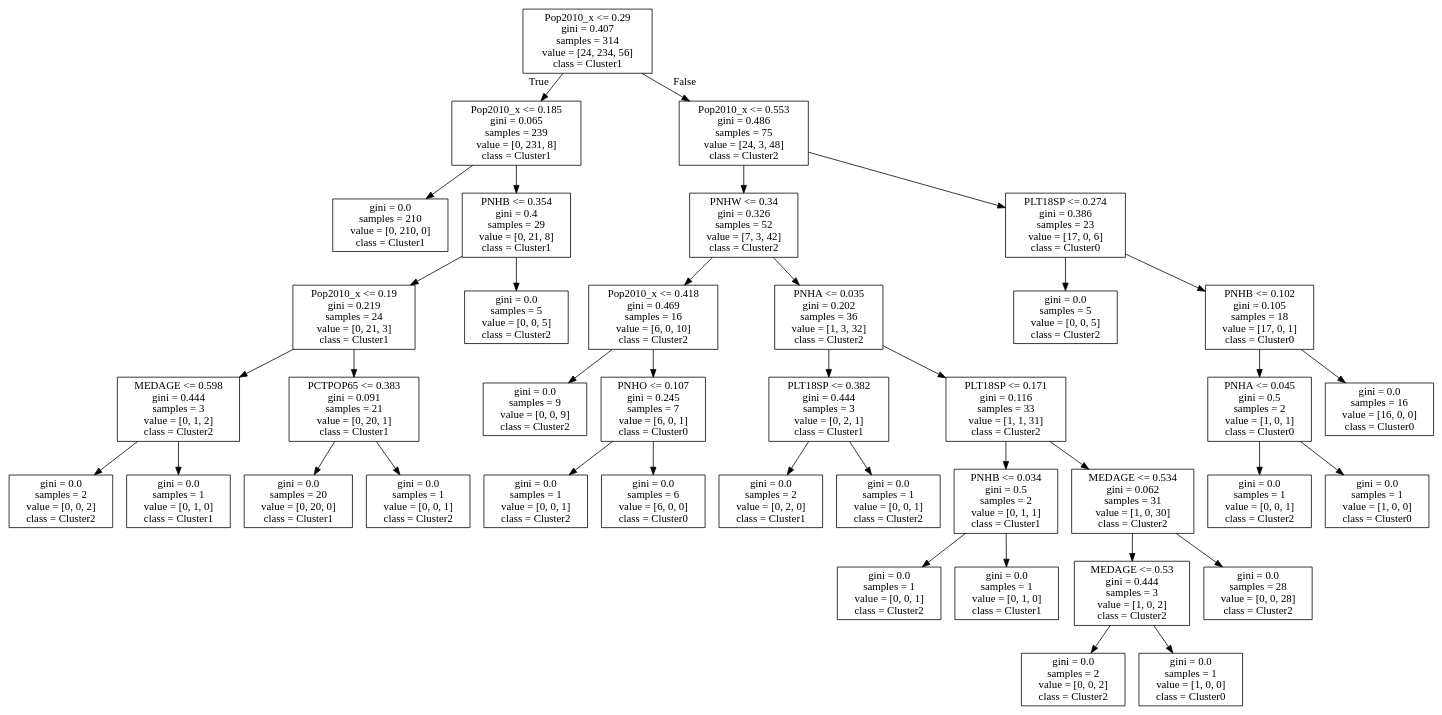
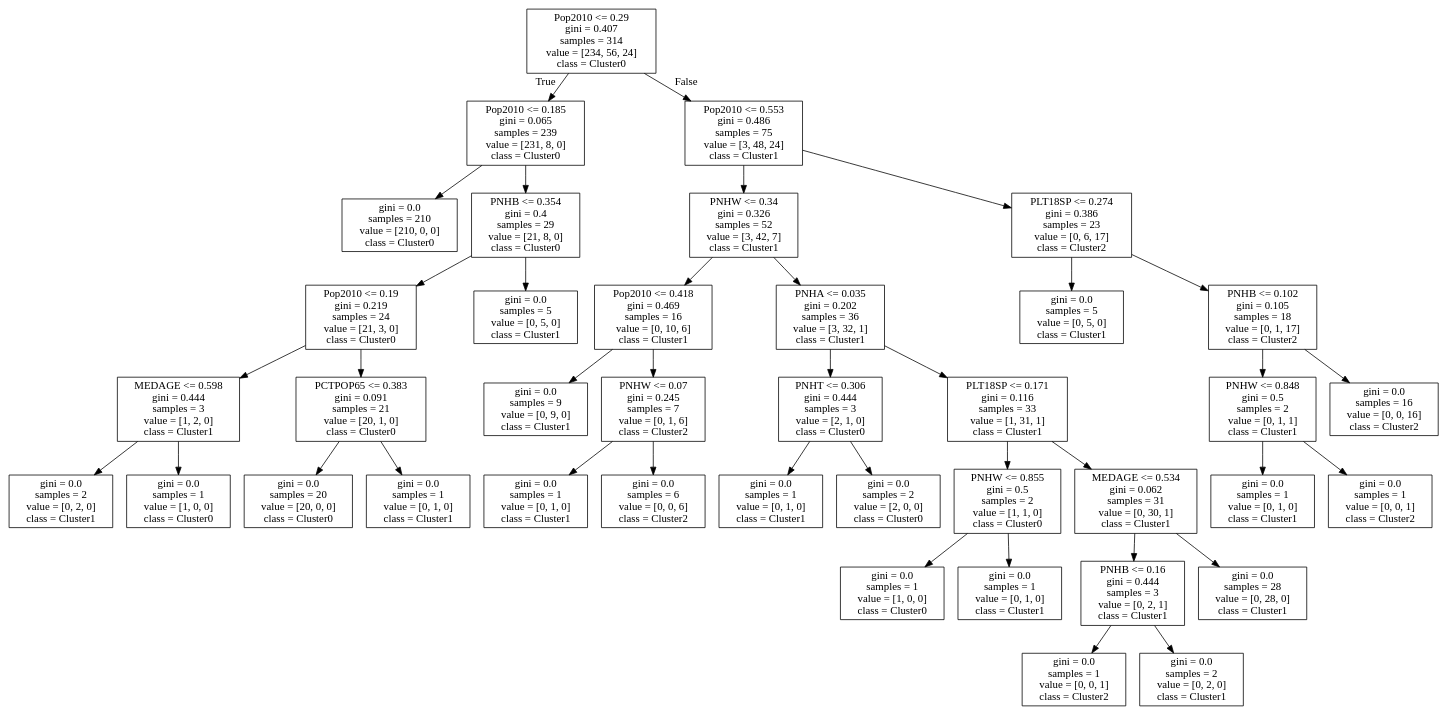
Before and after one commit to arunkulkarni95/COSC467_FinalProject: the diagram in tree.dot, drawn with Graphviz. The commit also changed 14 other files, not shown here.

```diff
--- a/tree.dot
+++ b/tree.dot
@@ -1,80 +1,80 @@
 digraph Tree {
 node [shape=box] ;
-0 [label="Pop2010_x <= 0.29\ngini = 0.407\nsamples = 314\nvalue = [24, 234, 56]\nclass = Cluster1"] ;
-1 [label="Pop2010_x <= 0.185\ngini = 0.065\nsamples = 239\nvalue = [0, 231, 8]\nclass = Cluster1"] ;
+0 [label="Pop2010 <= 0.29\ngini = 0.407\nsamples = 314\nvalue = [234, 56, 24]\nclass = Cluster0"] ;
+1 [label="Pop2010 <= 0.185\ngini = 0.065\nsamples = 239\nvalue = [231, 8, 0]\nclass = Cluster0"] ;
 0 -> 1 [labeldistance=2.5, labelangle=45, headlabel="True"] ;
-2 [label="gini = 0.0\nsamples = 210\nvalue = [0, 210, 0]\nclass = Cluster1"] ;
+2 [label="gini = 0.0\nsamples = 210\nvalue = [210, 0, 0]\nclass = Cluster0"] ;
 1 -> 2 ;
-3 [label="PNHB <= 0.354\ngini = 0.4\nsamples = 29\nvalue = [0, 21, 8]\nclass = Cluster1"] ;
+3 [label="PNHB <= 0.354\ngini = 0.4\nsamples = 29\nvalue = [21, 8, 0]\nclass = Cluster0"] ;
 1 -> 3 ;
-4 [label="Pop2010_x <= 0.19\ngini = 0.219\nsamples = 24\nvalue = [0, 21, 3]\nclass = Cluster1"] ;
+4 [label="Pop2010 <= 0.19\ngini = 0.219\nsamples = 24\nvalue = [21, 3, 0]\nclass = Cluster0"] ;
 3 -> 4 ;
-5 [label="MEDAGE <= 0.598\ngini = 0.444\nsamples = 3\nvalue = [0, 1, 2]\nclass = Cluster2"] ;
+5 [label="MEDAGE <= 0.598\ngini = 0.444\nsamples = 3\nvalue = [1, 2, 0]\nclass = Cluster1"] ;
 4 -> 5 ;
-6 [label="gini = 0.0\nsamples = 2\nvalue = [0, 0, 2]\nclass = Cluster2"] ;
+6 [label="gini = 0.0\nsamples = 2\nvalue = [0, 2, 0]\nclass = Cluster1"] ;
 5 -> 6 ;
-7 [label="gini = 0.0\nsamples = 1\nvalue = [0, 1, 0]\nclass = Cluster1"] ;
+7 [label="gini = 0.0\nsamples = 1\nvalue = [1, 0, 0]\nclass = Cluster0"] ;
 5 -> 7 ;
-8 [label="PCTPOP65 <= 0.383\ngini = 0.091\nsamples = 21\nvalue = [0, 20, 1]\nclass = Cluster1"] ;
+8 [label="PCTPOP65 <= 0.383\ngini = 0.091\nsamples = 21\nvalue = [20, 1, 0]\nclass = Cluster0"] ;
 4 -> 8 ;
-9 [label="gini = 0.0\nsamples = 20\nvalue = [0, 20, 0]\nclass = Cluster1"] ;
+9 [label="gini = 0.0\nsamples = 20\nvalue = [20, 0, 0]\nclass = Cluster0"] ;
 8 -> 9 ;
-10 [label="gini = 0.0\nsamples = 1\nvalue = [0, 0, 1]\nclass = Cluster2"] ;
+10 [label="gini = 0.0\nsamples = 1\nvalue = [0, 1, 0]\nclass = Cluster1"] ;
 8 -> 10 ;
-11 [label="gini = 0.0\nsamples = 5\nvalue = [0, 0, 5]\nclass = Cluster2"] ;
+11 [label="gini = 0.0\nsamples = 5\nvalue = [0, 5, 0]\nclass = Cluster1"] ;
 3 -> 11 ;
-12 [label="Pop2010_x <= 0.553\ngini = 0.486\nsamples = 75\nvalue = [24, 3, 48]\nclass = Cluster2"] ;
+12 [label="Pop2010 <= 0.553\ngini = 0.486\nsamples = 75\nvalue = [3, 48, 24]\nclass = Cluster1"] ;
 0 -> 12 [labeldistance=2.5, labelangle=-45, headlabel="False"] ;
-13 [label="PNHW <= 0.34\ngini = 0.326\nsamples = 52\nvalue = [7, 3, 42]\nclass = Cluster2"] ;
+13 [label="PNHW <= 0.34\ngini = 0.326\nsamples = 52\nvalue = [3, 42, 7]\nclass = Cluster1"] ;
 12 -> 13 ;
-14 [label="Pop2010_x <= 0.418\ngini = 0.469\nsamples = 16\nvalue = [6, 0, 10]\nclass = Cluster2"] ;
+14 [label="Pop2010 <= 0.418\ngini = 0.469\nsamples = 16\nvalue = [0, 10, 6]\nclass = Cluster1"] ;
 13 -> 14 ;
-15 [label="gini = 0.0\nsamples = 9\nvalue = [0, 0, 9]\nclass = Cluster2"] ;
+15 [label="gini = 0.0\nsamples = 9\nvalue = [0, 9, 0]\nclass = Cluster1"] ;
 14 -> 15 ;
-16 [label="PNHO <= 0.107\ngini = 0.245\nsamples = 7\nvalue = [6, 0, 1]\nclass = Cluster0"] ;
+16 [label="PNHW <= 0.07\ngini = 0.245\nsamples = 7\nvalue = [0, 1, 6]\nclass = Cluster2"] ;
 14 -> 16 ;
-17 [label="gini = 0.0\nsamples = 1\nvalue = [0, 0, 1]\nclass = Cluster2"] ;
+17 [label="gini = 0.0\nsamples = 1\nvalue = [0, 1, 0]\nclass = Cluster1"] ;
 16 -> 17 ;
-18 [label="gini = 0.0\nsamples = 6\nvalue = [6, 0, 0]\nclass = Cluster0"] ;
+18 [label="gini = 0.0\nsamples = 6\nvalue = [0, 0, 6]\nclass = Cluster2"] ;
 16 -> 18 ;
-19 [label="PNHA <= 0.035\ngini = 0.202\nsamples = 36\nvalue = [1, 3, 32]\nclass = Cluster2"] ;
+19 [label="PNHA <= 0.035\ngini = 0.202\nsamples = 36\nvalue = [3, 32, 1]\nclass = Cluster1"] ;
 13 -> 19 ;
-20 [label="PLT18SP <= 0.382\ngini = 0.444\nsamples = 3\nvalue = [0, 2, 1]\nclass = Cluster1"] ;
+20 [label="PNHT <= 0.306\ngini = 0.444\nsamples = 3\nvalue = [2, 1, 0]\nclass = Cluster0"] ;
 19 -> 20 ;
-21 [label="gini = 0.0\nsamples = 2\nvalue = [0, 2, 0]\nclass = Cluster1"] ;
+21 [label="gini = 0.0\nsamples = 1\nvalue = [0, 1, 0]\nclass = Cluster1"] ;
 20 -> 21 ;
-22 [label="gini = 0.0\nsamples = 1\nvalue = [0, 0, 1]\nclass = Cluster2"] ;
+22 [label="gini = 0.0\nsamples = 2\nvalue = [2, 0, 0]\nclass = Cluster0"] ;
 20 -> 22 ;
-23 [label="PLT18SP <= 0.171\ngini = 0.116\nsamples = 33\nvalue = [1, 1, 31]\nclass = Cluster2"] ;
+23 [label="PLT18SP <= 0.171\ngini = 0.116\nsamples = 33\nvalue = [1, 31, 1]\nclass = Cluster1"] ;
 19 -> 23 ;
-24 [label="PNHB <= 0.034\ngini = 0.5\nsamples = 2\nvalue = [0, 1, 1]\nclass = Cluster1"] ;
+24 [label="PNHW <= 0.855\ngini = 0.5\nsamples = 2\nvalue = [1, 1, 0]\nclass = Cluster0"] ;
 23 -> 24 ;
-25 [label="gini = 0.0\nsamples = 1\nvalue = [0, 0, 1]\nclass = Cluster2"] ;
+25 [label="gini = 0.0\nsamples = 1\nvalue = [1, 0, 0]\nclass = Cluster0"] ;
 24 -> 25 ;
 26 [label="gini = 0.0\nsamples = 1\nvalue = [0, 1, 0]\nclass = Cluster1"] ;
 24 -> 26 ;
-27 [label="MEDAGE <= 0.534\ngini = 0.062\nsamples = 31\nvalue = [1, 0, 30]\nclass = Cluster2"] ;
+27 [label="MEDAGE <= 0.534\ngini = 0.062\nsamples = 31\nvalue = [0, 30, 1]\nclass = Cluster1"] ;
 23 -> 27 ;
-28 [label="MEDAGE <= 0.53\ngini = 0.444\nsamples = 3\nvalue = [1, 0, 2]\nclass = Cluster2"] ;
+28 [label="PNHB <= 0.16\ngini = 0.444\nsamples = 3\nvalue = [0, 2, 1]\nclass = Cluster1"] ;
 27 -> 28 ;
-29 [label="gini = 0.0\nsamples = 2\nvalue = [0, 0, 2]\nclass = Cluster2"] ;
+29 [label="gini = 0.0\nsamples = 1\nvalue = [0, 0, 1]\nclass = Cluster2"] ;
 28 -> 29 ;
-30 [label="gini = 0.0\nsamples = 1\nvalue = [1, 0, 0]\nclass = Cluster0"] ;
+30 [label="gini = 0.0\nsamples = 2\nvalue = [0, 2, 0]\nclass = Cluster1"] ;
 28 -> 30 ;
-31 [label="gini = 0.0\nsamples = 28\nvalue = [0, 0, 28]\nclass = Cluster2"] ;
+31 [label="gini = 0.0\nsamples = 28\nvalue = [0, 28, 0]\nclass = Cluster1"] ;
 27 -> 31 ;
-32 [label="PLT18SP <= 0.274\ngini = 0.386\nsamples = 23\nvalue = [17, 0, 6]\nclass = Cluster0"] ;
+32 [label="PLT18SP <= 0.274\ngini = 0.386\nsamples = 23\nvalue = [0, 6, 17]\nclass = Cluster2"] ;
 12 -> 32 ;
-33 [label="gini = 0.0\nsamples = 5\nvalue = [0, 0, 5]\nclass = Cluster2"] ;
+33 [label="gini = 0.0\nsamples = 5\nvalue = [0, 5, 0]\nclass = Cluster1"] ;
 32 -> 33 ;
-34 [label="PNHB <= 0.102\ngini = 0.105\nsamples = 18\nvalue = [17, 0, 1]\nclass = Cluster0"] ;
+34 [label="PNHB <= 0.102\ngini = 0.105\nsamples = 18\nvalue = [0, 1, 17]\nclass = Cluster2"] ;
 32 -> 34 ;
-35 [label="PNHA <= 0.045\ngini = 0.5\nsamples = 2\nvalue = [1, 0, 1]\nclass = Cluster0"] ;
+35 [label="PNHW <= 0.848\ngini = 0.5\nsamples = 2\nvalue = [0, 1, 1]\nclass = Cluster1"] ;
 34 -> 35 ;
-36 [label="gini = 0.0\nsamples = 1\nvalue = [0, 0, 1]\nclass = Cluster2"] ;
+36 [label="gini = 0.0\nsamples = 1\nvalue = [0, 1, 0]\nclass = Cluster1"] ;
 35 -> 36 ;
-37 [label="gini = 0.0\nsamples = 1\nvalue = [1, 0, 0]\nclass = Cluster0"] ;
+37 [label="gini = 0.0\nsamples = 1\nvalue = [0, 0, 1]\nclass = Cluster2"] ;
 35 -> 37 ;
-38 [label="gini = 0.0\nsamples = 16\nvalue = [16, 0, 0]\nclass = Cluster0"] ;
+38 [label="gini = 0.0\nsamples = 16\nvalue = [0, 0, 16]\nclass = Cluster2"] ;
 34 -> 38 ;
 }
```
